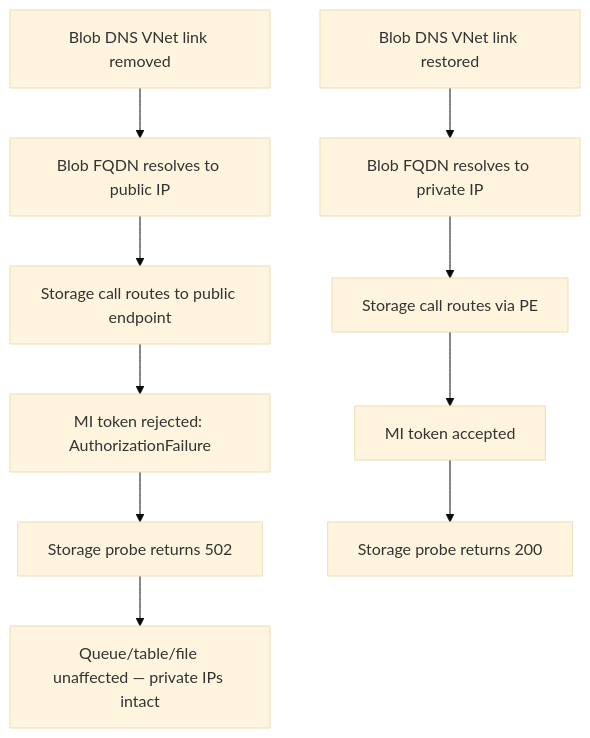
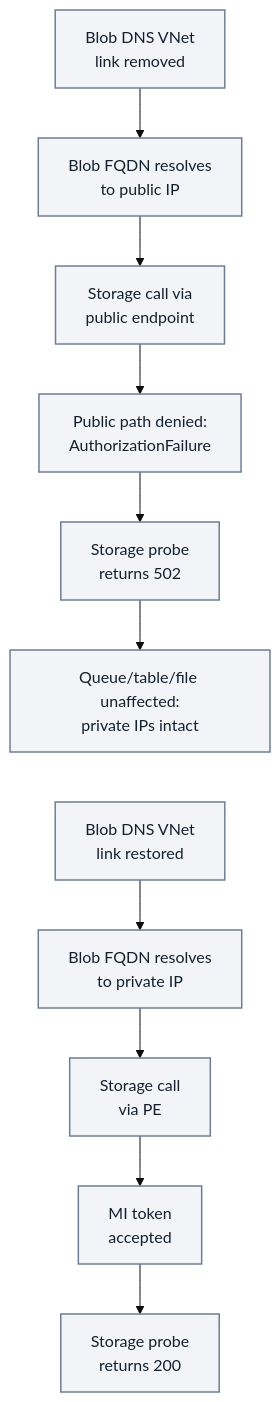
The third of 5 diagrams in docs/troubleshooting/lab-guides/dns-vnet-resolution.md (yeongseon/azure-functions-practical-guide), drawn with Mermaid (base theme) before and after one commit. The commit also changed other lines of this file and 1 other file, not shown here.

First line of the commit message:
docs(diagrams): migrate Functions lab storage network auth — dns vnet resolution (#450)

````diff
--- a/docs/troubleshooting/lab-guides/dns-vnet-resolution.md
+++ b/docs/troubleshooting/lab-guides/dns-vnet-resolution.md
@@ -211,13 +242,18 @@
 ```mermaid
 flowchart TD
-    A[Blob DNS VNet link removed] --> B[Blob FQDN resolves to public IP]
-    B --> C[Storage call routes to public endpoint]
-    C --> D[MI token rejected: AuthorizationFailure]
-    D --> E[Storage probe returns 502]
-    E --> F["Queue/table/file unaffected — private IPs intact"]
-
-    G[Blob DNS VNet link restored] --> H[Blob FQDN resolves to private IP]
-    H --> I[Storage call routes via PE]
-    I --> J[MI token accepted]
-    J --> K[Storage probe returns 200]
+    accTitle: FC1 lab incident and recovery chains
+    accDescr: Illustrative lab chains retain link removal, public resolution, denied public storage access, probe 502 and unchanged queue, table and file DNS; link restoration leads to private resolution and the successful managed-identity call. Recovery is a separate chain, not caused by the unaffected-service check.
+    A["Blob DNS VNet<br/>link removed"] --> B["Blob FQDN resolves<br/>to public IP"]
+    B --> C["Storage call via<br/>public endpoint"]
+    C --> D["Public path denied:<br/>AuthorizationFailure"]
+    D --> E["Storage probe<br/>returns 502"]
+    E --> F["Queue/table/file unaffected:<br/>private IPs intact"]
+    G["Blob DNS VNet<br/>link restored"] --> H["Blob FQDN resolves<br/>to private IP"]
+    H --> I["Storage call<br/>via PE"]
+    I --> J["MI token<br/>accepted"]
+    J --> K["Storage probe<br/>returns 200"]
+    %% Layout-only link separates chains vertically; no causal step or arrow.
+    F ~~~ G
+    classDef neutral fill:#f2f4f8,stroke:#707e93,stroke-width:1.5px,color:#14202e;
+    class A,B,C,D,E,F,G,H,I,J,K neutral;
 ```
````
